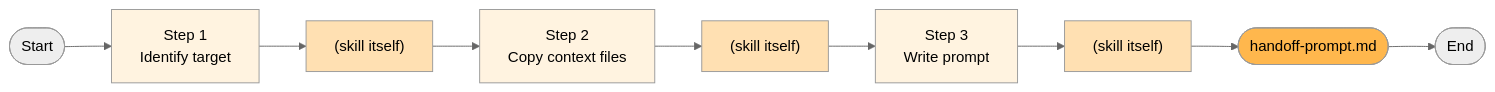
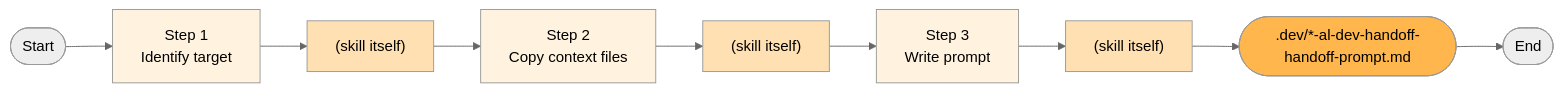
One commit to russell-laing/al-dev-shared changed diagram 15 of 21 in docs/al-dev-skills-map.md. Above: the diagram before and after it, drawn with Mermaid (neutral theme). The commit also changed other lines of this file and 1 other file, not shown here.

Commit message:
docs: sync AL agent and skill maps to current state

````diff
--- a/docs/al-dev-skills-map.md
+++ b/docs/al-dev-skills-map.md
@@ -456,19 +452,19 @@
 ```mermaid
 flowchart LR
     Start([Start]) --> Phase1["Step 1<br/>Identify target"]
     Phase1 --> SkillWork1["(skill itself)"]
     SkillWork1 --> Phase2["Step 2<br/>Copy context files"]
     Phase2 --> SkillWork2["(skill itself)"]
     SkillWork2 --> Phase3["Step 3<br/>Write prompt"]
     Phase3 --> SkillWork3["(skill itself)"]
-    SkillWork3 --> Output1(["handoff-prompt.md"])
+    SkillWork3 --> Output1([".dev/*-al-dev-handoff-handoff-prompt.md"])
     Output1 --> End([End])
 
     style Phase1 fill:#fff3e0
     style Phase2 fill:#fff3e0
     style Phase3 fill:#fff3e0
     style SkillWork1 fill:#ffe0b2
     style SkillWork2 fill:#ffe0b2
     style SkillWork3 fill:#ffe0b2
     style Output1 fill:#ffb74d
 ```
````
